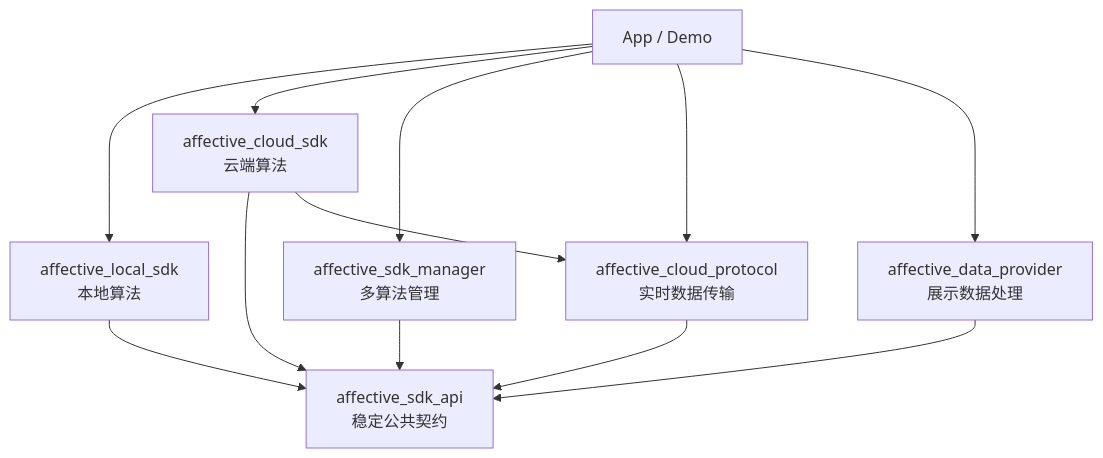
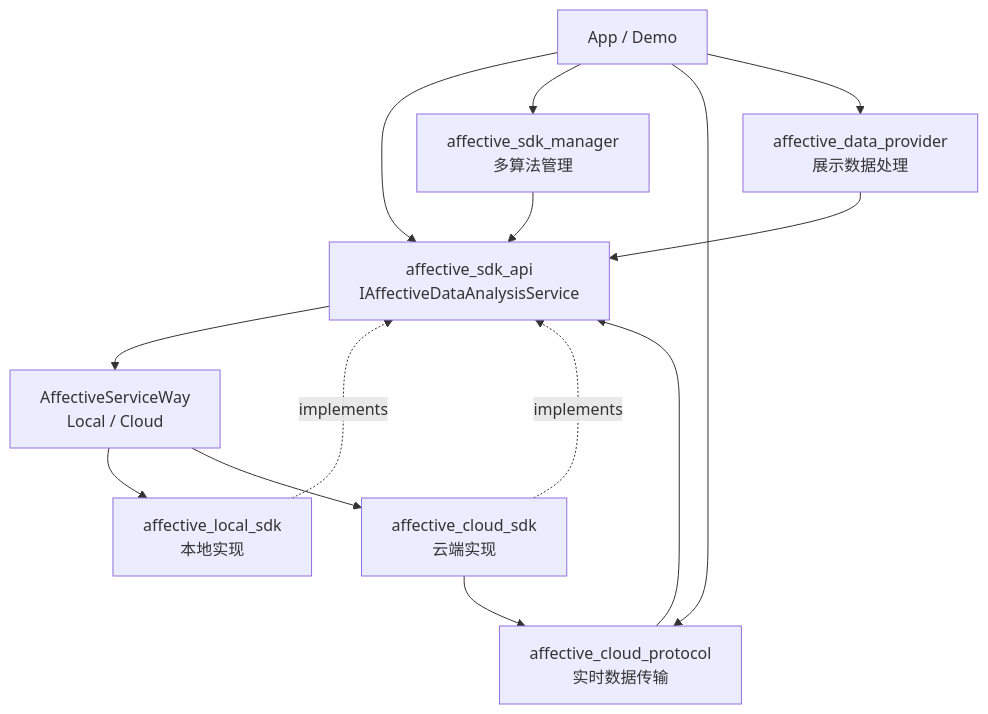
Before and after one commit to Entertech/Enter-AffectiveCloud-Android-SDK: the diagram in README.md, drawn with Mermaid. The commit also changed other lines of this file and 1 other file, not shown here.

Commit message:
[codex] docs: clarify unified affective service API

````diff
--- a/README.md
+++ b/README.md
@@ -47,14 +48,16 @@
 ```mermaid
 flowchart TD
-    App["App / Demo"] --> Local["affective_local_sdk<br/>本地算法"]
-    App --> Cloud["affective_cloud_sdk<br/>云端算法"]
+    App["App / Demo"] --> API["affective_sdk_api<br/>IAffectiveDataAnalysisService"]
+    API --> Way["AffectiveServiceWay<br/>Local / Cloud"]
+    Way --> Local["affective_local_sdk<br/>本地实现"]
+    Way --> Cloud["affective_cloud_sdk<br/>云端实现"]
     App --> Manager["affective_sdk_manager<br/>多算法管理"]
     App --> Protocol["affective_cloud_protocol<br/>实时数据传输"]
     App --> Provider["affective_data_provider<br/>展示数据处理"]
-    Local --> API["affective_sdk_api<br/>稳定公共契约"]
-    Cloud --> API
+    Manager --> API
+    Local -. implements .-> API
+    Cloud -. implements .-> API
     Cloud --> Protocol
-    Manager --> API
     Protocol --> API
     Provider --> API
 ```
````
